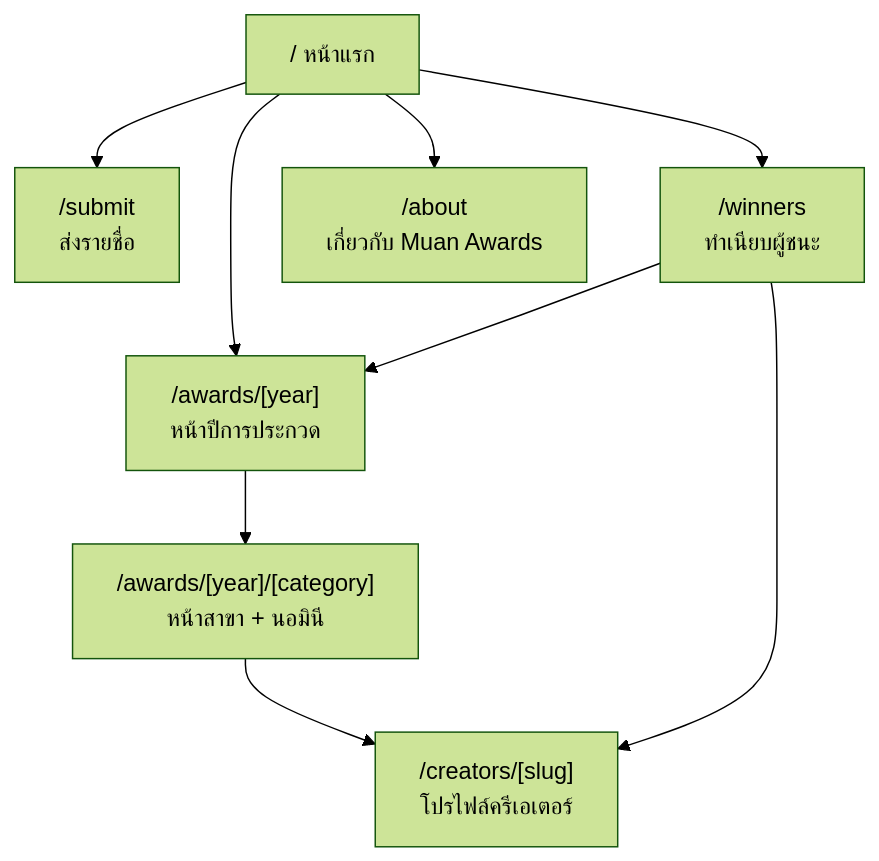
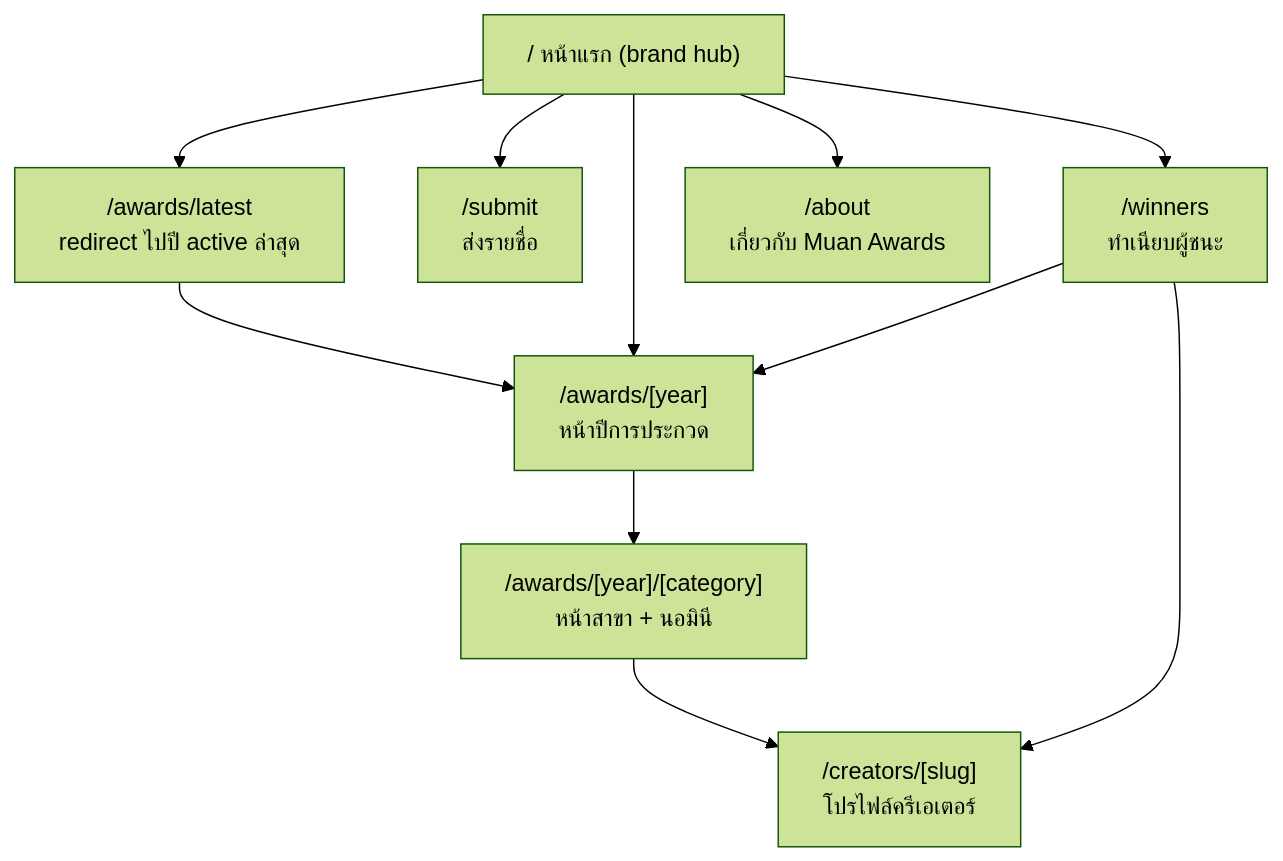
The second of 3 diagrams in docs/muan-awards-prd.md (p-v1shnu/bizgital-muan-awards), drawn with Mermaid (forest theme) before and after one commit. The commit also changed other lines of this file, not shown here.

First line of the commit message:
docs: ปรับ PRD เป็น v0.2 — หน้าแรกแบบ brand hub โทนกลาง ตามแนวทาง grammy.com

````diff
--- a/docs/muan-awards-prd.md
+++ b/docs/muan-awards-prd.md
@@ -117,11 +130,13 @@
 ```mermaid
 flowchart TD
-    HOME["/ หน้าแรก"] --> EDITION["/awards/[year]<br>หน้าปีการประกวด"]
+    HOME["/ หน้าแรก (brand hub)"] --> LATEST["/awards/latest<br>redirect ไปปี active ล่าสุด"]
+    LATEST --> EDITION["/awards/[year]<br>หน้าปีการประกวด"]
+    HOME --> EDITION
     HOME --> SUBMIT["/submit<br>ส่งรายชื่อ"]
     HOME --> WINNERS["/winners<br>ทำเนียบผู้ชนะ"]
     HOME --> ABOUT["/about<br>เกี่ยวกับ Muan Awards"]
     EDITION --> CATEGORY["/awards/[year]/[category]<br>หน้าสาขา + นอมินี"]
     CATEGORY --> CREATOR["/creators/[slug]<br>โปรไฟล์ครีเอเตอร์"]
     WINNERS --> EDITION
     WINNERS --> CREATOR
 ```
````
